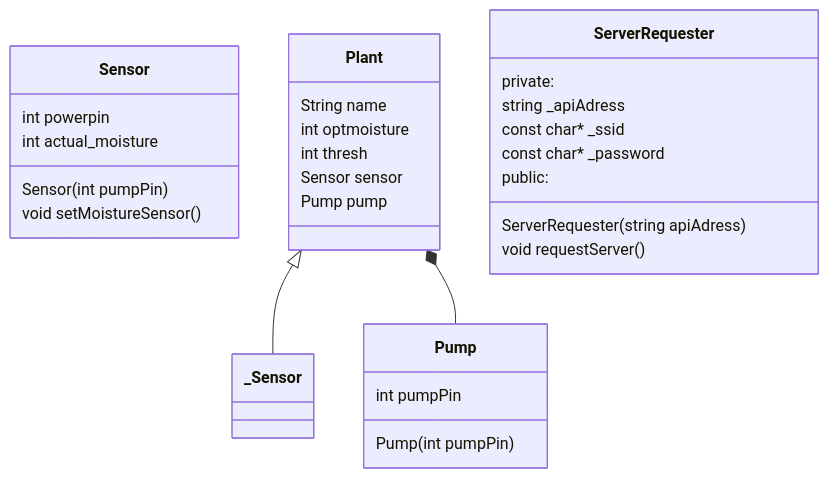
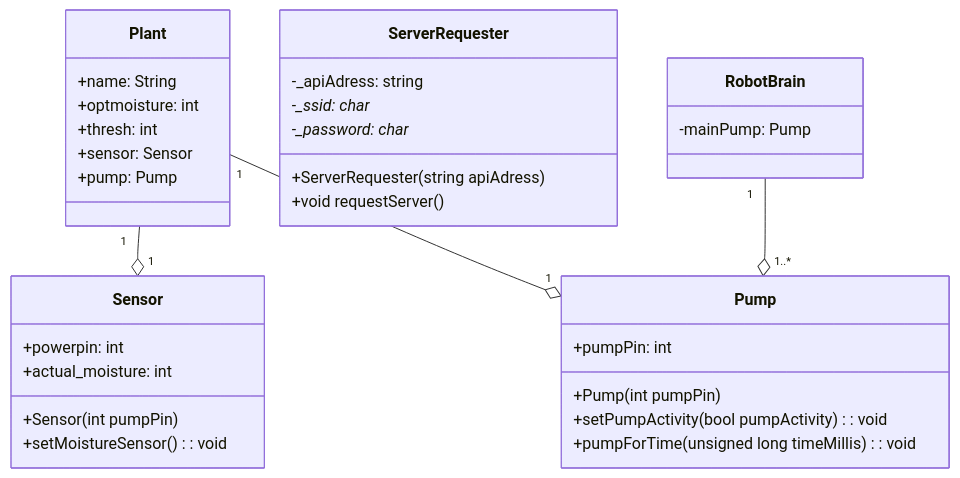
Before and after one commit to Duysburg/PWTech: the diagram in README.md, drawn with Mermaid.

Commit message:
better eml diagram

````diff
--- a/README.md
+++ b/README.md
@@ -17,32 +17,37 @@
 ```mermaid
 classDiagram
 class Sensor{
-    int powerpin
-    int actual_moisture
-    Sensor(int pumpPin)
-    void setMoistureSensor()
+    +powerpin: int
+    +actual_moisture: int
+    +Sensor(int pumpPin)
+    +setMoistureSensor(): void
 }
 class Plant{
-    String name
-    int optmoisture
-    int thresh
-    Sensor sensor
-    Pump pump
+    +name: String
+    +optmoisture: int
+    +thresh: int
+    +sensor: Sensor 
+    +pump: Pump 
 }
 class Pump{
-    int pumpPin
-    Pump(int pumpPin)
+    +pumpPin: int 
+    +Pump(int pumpPin)
+    +setPumpActivity(bool pumpActivity): void
+    +pumpForTime(unsigned long timeMillis): void
 }
-Plant <|-- _Sensor
-Plant *-- Pump
+class ServerRequester{
+    -_apiAdress: string 
+    -_ssid: char* 
+    -_password: char* 
+    +ServerRequester(string apiAdress)
+    +void requestServer()
+}
+class RobotBrain{
+    -mainPump: Pump
+}
 
-class ServerRequester {
-    private:
-        string _apiAdress
-        const char* _ssid
-        const char* _password
-    public:
-        ServerRequester(string apiAdress)
-        void requestServer()
-}
+Plant "1" --o "1" Sensor
+Plant "1" --o "1" Pump
+
+RobotBrain "1" --o "1..*" Pump
 ```
````
